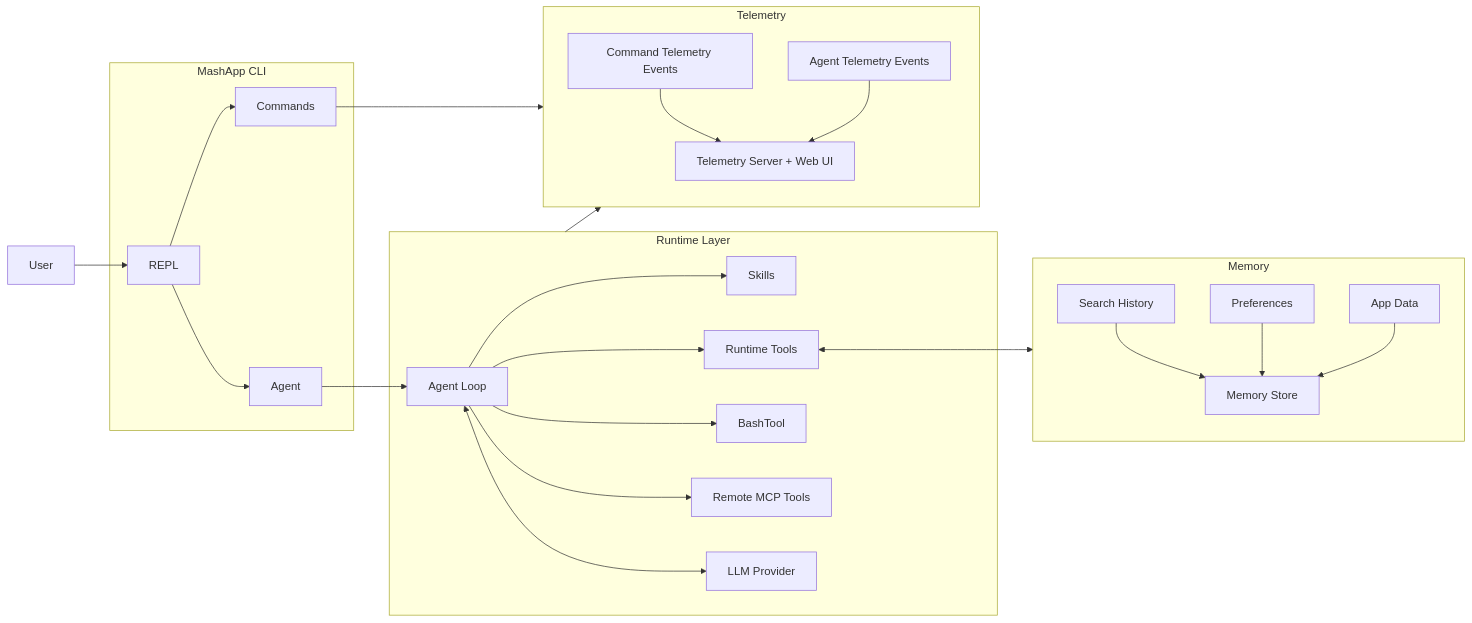
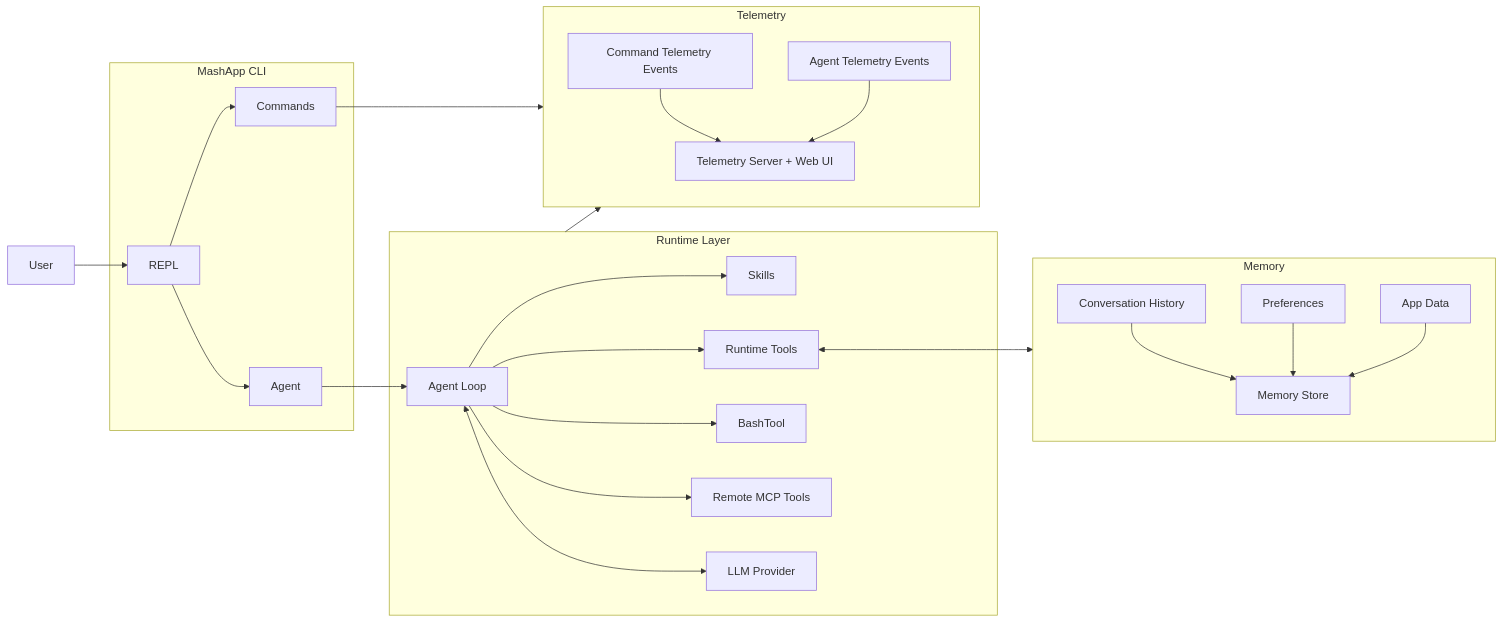
Before and after one commit to imsid/mashpy: the diagram in README.md, drawn with Mermaid. The commit also changed other lines of this file and 2 other files, not shown here.

````diff
--- a/README.md
+++ b/README.md
@@ -38,53 +38,53 @@
 ```mermaid
 flowchart LR
     U[User]
 
     subgraph MashApp[MashApp CLI]
         REPL[REPL]
         CMD[Commands]
         AGENT[Agent]
     end
 
     subgraph RUNTIME[Runtime Layer]
         LOOP[Agent Loop]
         SKILLS[Skills]
         RT[Runtime Tools]
         BASH[BashTool]
         MCP[Remote MCP Tools]
         LLM[LLM Provider]
     end
 
     subgraph TELEMETRY[Telemetry]
         LOG[Command Telemetry Events]
         TEL[Telemetry Server + Web UI]
         AGENT_LOG[Agent Telemetry Events]
     end
 
     subgraph MEMORY[Memory]
         MEM[Memory Store]
-        SEARCH[Search History]
+        SEARCH[Conversation History]
         PREFS[Preferences]
         APPD[App Data]
     end
     
     U --> REPL
     REPL --> CMD
     REPL --> AGENT
 
     AGENT --> LOOP
     LOOP <--> LLM
     LOOP --> SKILLS
     LOOP --> RT
     LOOP --> BASH
     LOOP --> MCP
 
     RT <--> MEMORY
     SEARCH --> MEM
     PREFS --> MEM
     APPD --> MEM
 
     RUNTIME --> TELEMETRY
     CMD --> TELEMETRY
     LOG --> TEL
     AGENT_LOG --> TEL
 ```
````
